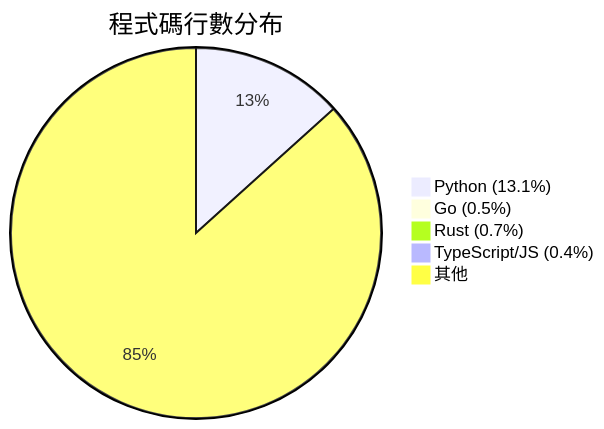
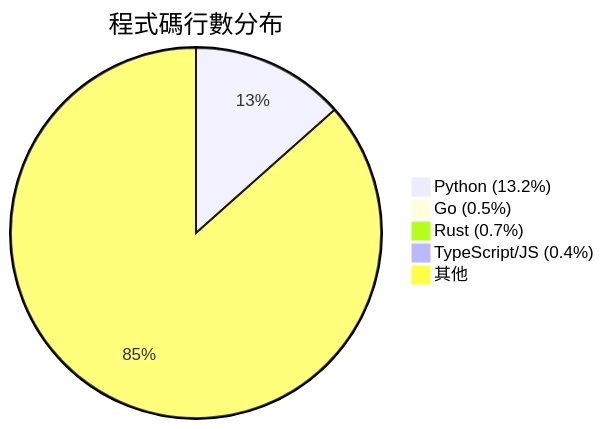
The second of 4 diagrams in _out/tree.mmd (kyle0527/AIVA), drawn with Mermaid before and after one commit. The commit also changed other lines of this file and 69 other files, not shown here.

Commit message:
feat: implement cognitive core architecture with adaptive weight management and task planning documentation

````diff
--- a/_out/tree.mmd
+++ b/_out/tree.mmd
@@ -66,8 +66,8 @@
 ```mermaid
 pie title 程式碼行數分布
-    "Python (13.1%)" : 175953
-    "Go (0.5%)" : 6044
+    "Python (13.2%)" : 179816
+    "Go (0.5%)" : 6368
     "Rust (0.7%)" : 8874
-    "TypeScript/JS (0.4%)" : 5815
-    "其他" : 1145186
+    "TypeScript/JS (0.4%)" : 5816
+    "其他" : 1158526
 ```
````
